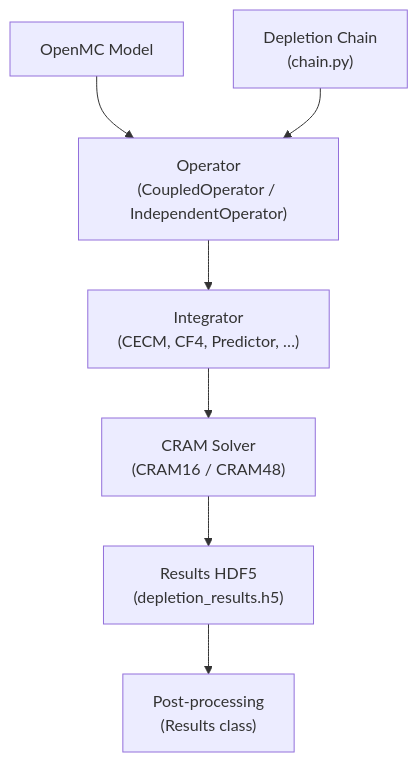
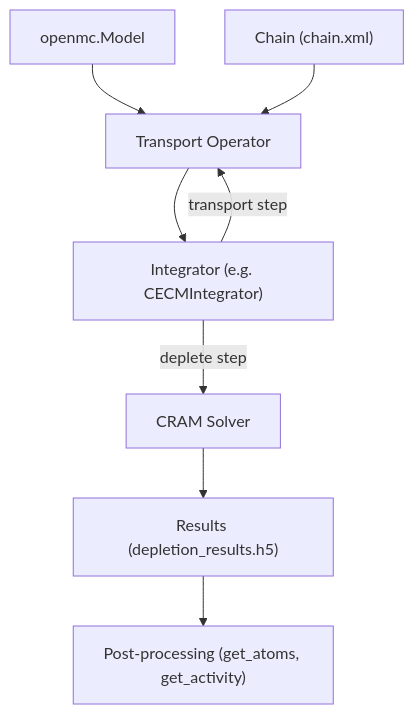
One commit to augment-solutions/deep-wikis changed the eighth of 11 diagrams in src/content/wikis/openmc-dev-openmc/index.mdx. Above: the diagram before and after it, drawn with Mermaid. The commit also changed other lines of this file, not shown here.

Commit message:
deep-wiki: update openmc-dev-openmc

````diff
--- a/src/content/wikis/openmc-dev-openmc/index.mdx
+++ b/src/content/wikis/openmc-dev-openmc/index.mdx
@@ -836,9 +834,10 @@
 ```mermaid
 flowchart TD
-    model["OpenMC Model"] --> op["Operator\n(CoupledOperator / IndependentOperator)"]
-    chain["Depletion Chain\n(chain.py)"] --> op
-    op --> integrator["Integrator\n(CECM, CF4, Predictor, …)"]
-    integrator --> cram["CRAM Solver\n(CRAM16 / CRAM48)"]
-    cram --> results["Results HDF5\n(depletion_results.h5)"]
-    results --> postproc["Post-processing\n(Results class)"]
+    model["openmc.Model"] --> op["Transport Operator"]
+    chain["Chain (chain.xml)"] --> op
+    op --> integrator["Integrator (e.g. CECMIntegrator)"]
+    integrator -->|"transport step"| op
+    integrator -->|"deplete step"| cram["CRAM Solver"]
+    cram --> results["Results (depletion_results.h5)"]
+    results --> post["Post-processing (get_atoms, get_activity)"]
 ```
````
